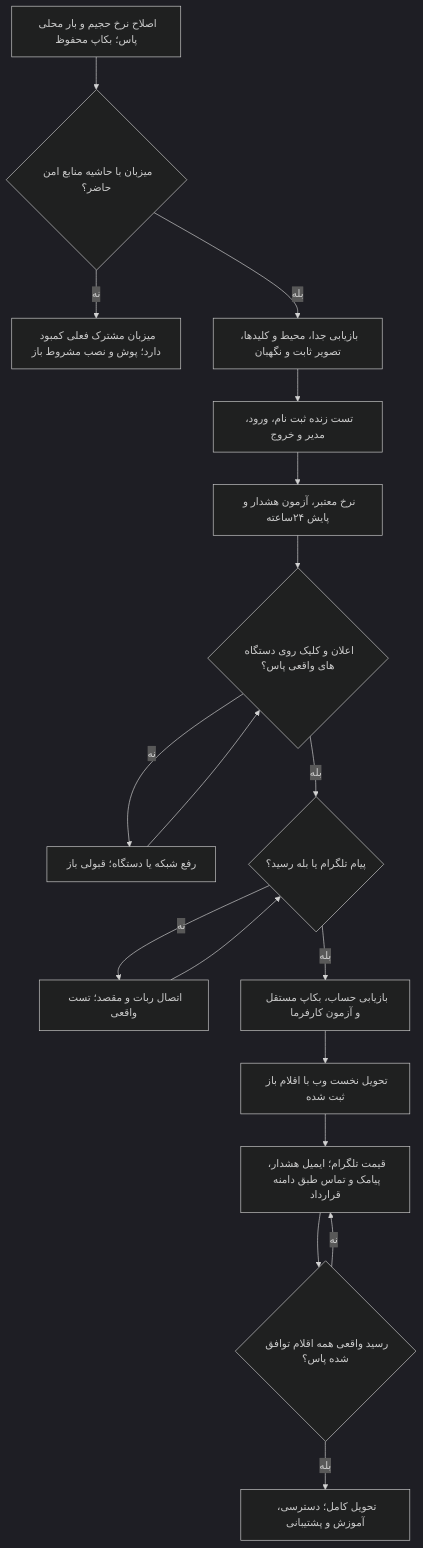
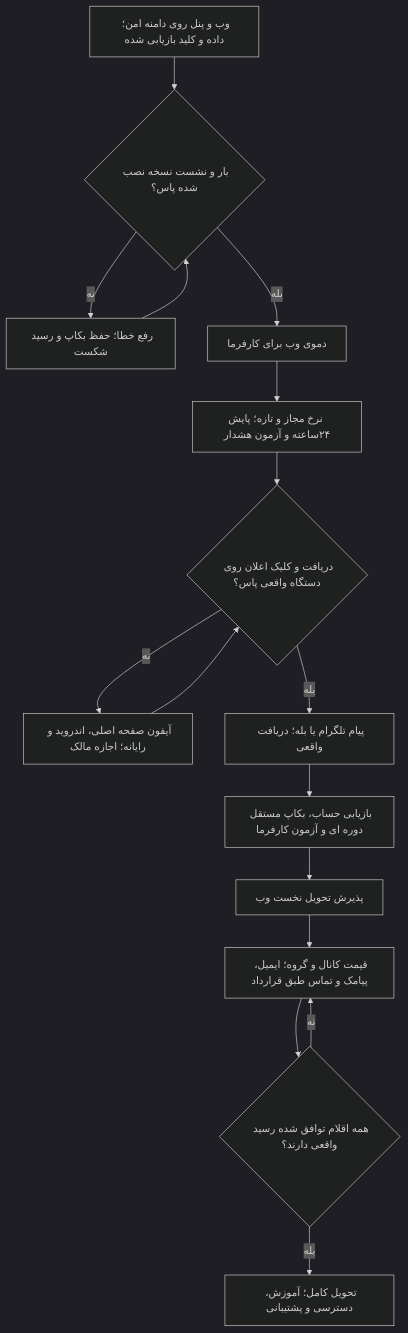
One commit to Ilia-Shakeri/Nerkhbaan changed the first of 2 diagrams in docs/project-completion-roadmap-fa.md. Above: the diagram before and after it, drawn with Mermaid (dark theme). The commit also changed other lines of this file and 65 other files, not shown here.

````diff
--- a/docs/project-completion-roadmap-fa.md
+++ b/docs/project-completion-roadmap-fa.md
@@ -61,20 +43,18 @@
 ```mermaid
 flowchart TD
-    A[اصلاح نرخ حجیم و بار محلی پاس؛ بکاپ محفوظ] --> B{میزبان با حاشیه منابع امن حاضر؟}
-    B -->|نه| C[میزبان مشترک فعلی کمبود دارد؛ پوش و نصب مشروط باز]
-    B -->|بله| D[بازیابی جدا، محیط و کلیدها، تصویر ثابت و نگهبان]
-    D --> E[تست زنده ثبت نام، ورود، مدیر و خروج]
-    E --> F[نرخ معتبر، آزمون هشدار و پایش ۲۴ساعته]
-    F --> G{اعلان و کلیک روی دستگاه های واقعی پاس؟}
-    G -->|نه| H[رفع شبکه یا دستگاه؛ قبولی باز]
-    H --> G
-    G -->|بله| T{پیام تلگرام یا بله رسید؟}
-    T -->|نه| U[اتصال ربات و مقصد؛ تست واقعی]
-    U --> T
-    T -->|بله| I[بازیابی حساب، بکاپ مستقل و آزمون کارفرما]
-    I --> J[تحویل نخست وب با اقلام باز ثبت شده]
-    J --> K[قیمت تلگرام؛ ایمیل هشدار، پیامک و تماس طبق دامنه قرارداد]
-    K --> L{رسید واقعی همه اقلام توافق شده پاس؟}
+    A[وب و پنل روی دامنه امن؛ داده و کلید بازیابی شده] --> B{بار و نشست نسخه نصب شده پاس؟}
+    B -->|نه| C[رفع خطا؛ حفظ بکاپ و رسید شکست]
+    C --> B
+    B -->|بله| D[دموی وب برای کارفرما]
+    D --> E[نرخ مجاز و تازه؛ پایش ۲۴ساعته و آزمون هشدار]
+    E --> F{دریافت و کلیک اعلان روی دستگاه واقعی پاس؟}
+    F -->|نه| G[آیفون صفحه اصلی، اندروید و رایانه؛ اجازه مالک]
+    G --> F
+    F -->|بله| H[پیام تلگرام یا بله؛ دریافت واقعی]
+    H --> I[بازیابی حساب، بکاپ مستقل دوره ای و آزمون کارفرما]
+    I --> J[پذیرش تحویل نخست وب]
+    J --> K[قیمت کانال و گروه؛ ایمیل، پیامک و تماس طبق قرارداد]
+    K --> L{همه اقلام توافق شده رسید واقعی دارند؟}
     L -->|نه| K
-    L -->|بله| M[تحویل کامل؛ دسترسی، آموزش و پشتیبانی]
+    L -->|بله| M[تحویل کامل؛ آموزش، دسترسی و پشتیبانی]
 ```
````
